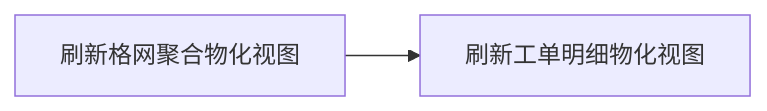
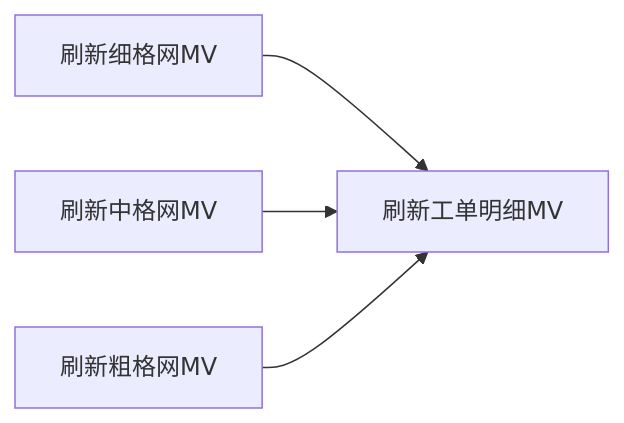
One commit to zheyi420/Dev-Wiki changed the fourth of 6 diagrams in Blog/mvt-webgl_heatmap-ccl/百万级点数据：MVT + WebGL 热力渲染与 FBO 连通域热区工单统计.md. Above: the diagram before and after it, drawn with Mermaid. The commit also changed other lines of this file and 1 other file, not shown here.

````diff
--- a/Blog/mvt-webgl_heatmap-ccl/百万级点数据：MVT + WebGL 热力渲染与 FBO 连通域热区工单统计.md
+++ b/Blog/mvt-webgl_heatmap-ccl/百万级点数据：MVT + WebGL 热力渲染与 FBO 连通域热区工单统计.md
@@ -127,6 +158,10 @@
 ```mermaid
 flowchart LR
-  refreshGrid[刷新格网聚合物化视图]
-  refreshOrder[刷新工单明细物化视图]
-  refreshGrid --> refreshOrder
+  refreshGrid5[刷新细格网MV]
+  refreshGrid100[刷新中格网MV]
+  refreshGrid300[刷新粗格网MV]
+  refreshOrder[刷新工单明细MV]
+  refreshGrid5 --> refreshOrder
+  refreshGrid100 --> refreshOrder
+  refreshGrid300 --> refreshOrder
 ```
````
